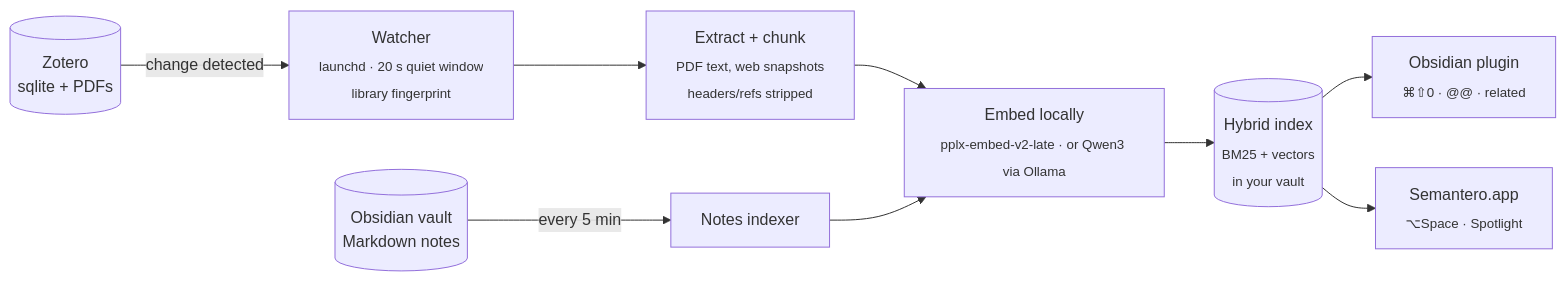
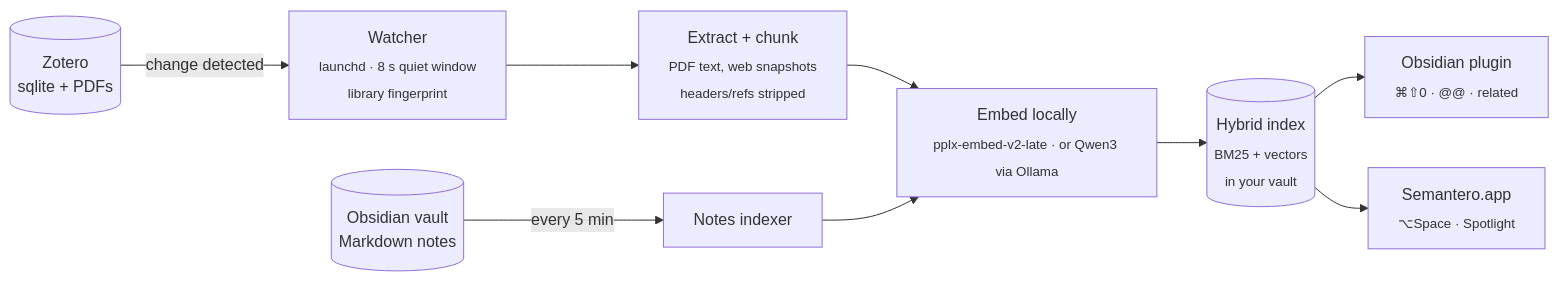
The diagram in README.md (standard-model-lagrangian/Semantero), drawn with Mermaid before and after one commit. The commit also changed 16 other files, not shown here.

````diff
--- a/README.md
+++ b/README.md
@@ -56,11 +56,11 @@
 ```mermaid
 flowchart LR
-    Z[("Zotero<br/>sqlite + PDFs")] -->|change detected| W["Watcher<br/><sub>launchd · 20 s quiet window<br/>library fingerprint</sub>"]
+    Z[("Zotero<br/>sqlite + PDFs")] -->|change detected| W["Watcher<br/><sub>launchd · 8 s quiet window<br/>library fingerprint</sub>"]
     V[("Obsidian vault<br/>Markdown notes")] -->|every 5 min| N["Notes indexer"]
     W --> X["Extract + chunk<br/><sub>PDF text, web snapshots<br/>headers/refs stripped</sub>"]
     X --> E["Embed locally<br/><sub>pplx-embed-v2-late · or Qwen3 via Ollama</sub>"]
     N --> E
     E --> I[("Hybrid index<br/><sub>BM25 + vectors<br/>in your vault</sub>")]
     I --> P["Obsidian plugin<br/><sub>⌘⇧0 · @@ · related</sub>"]
     I --> L["Semantero.app<br/><sub>⌥Space · Spotlight</sub>"]
 ```
````
